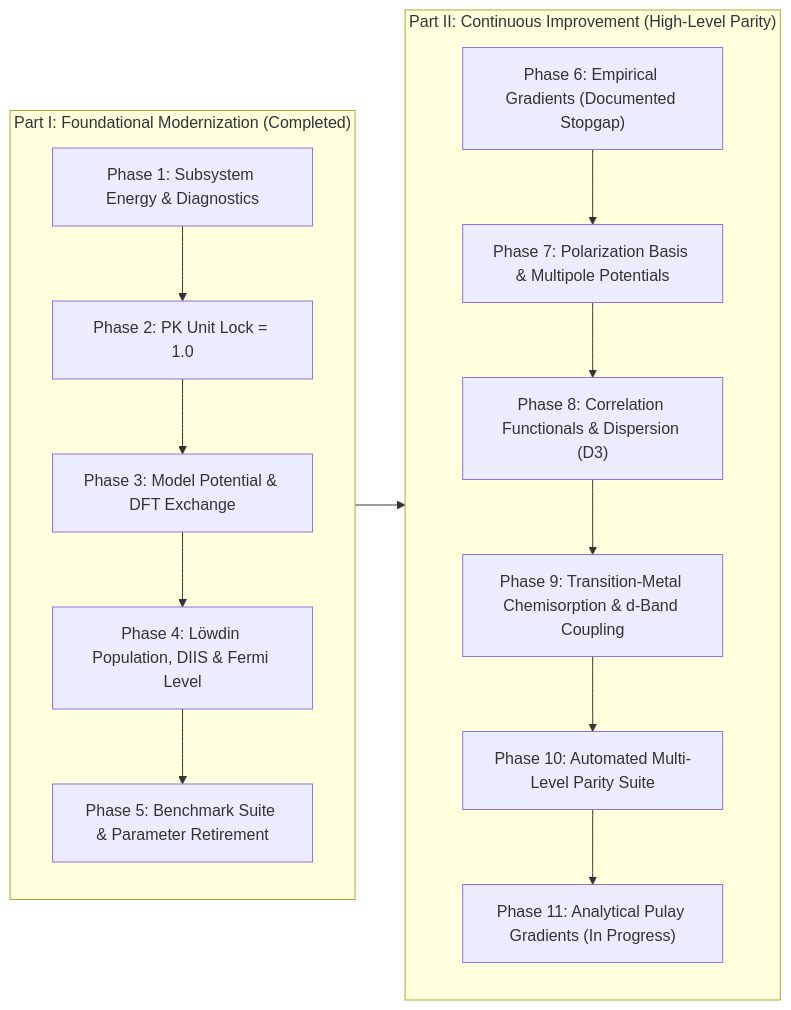
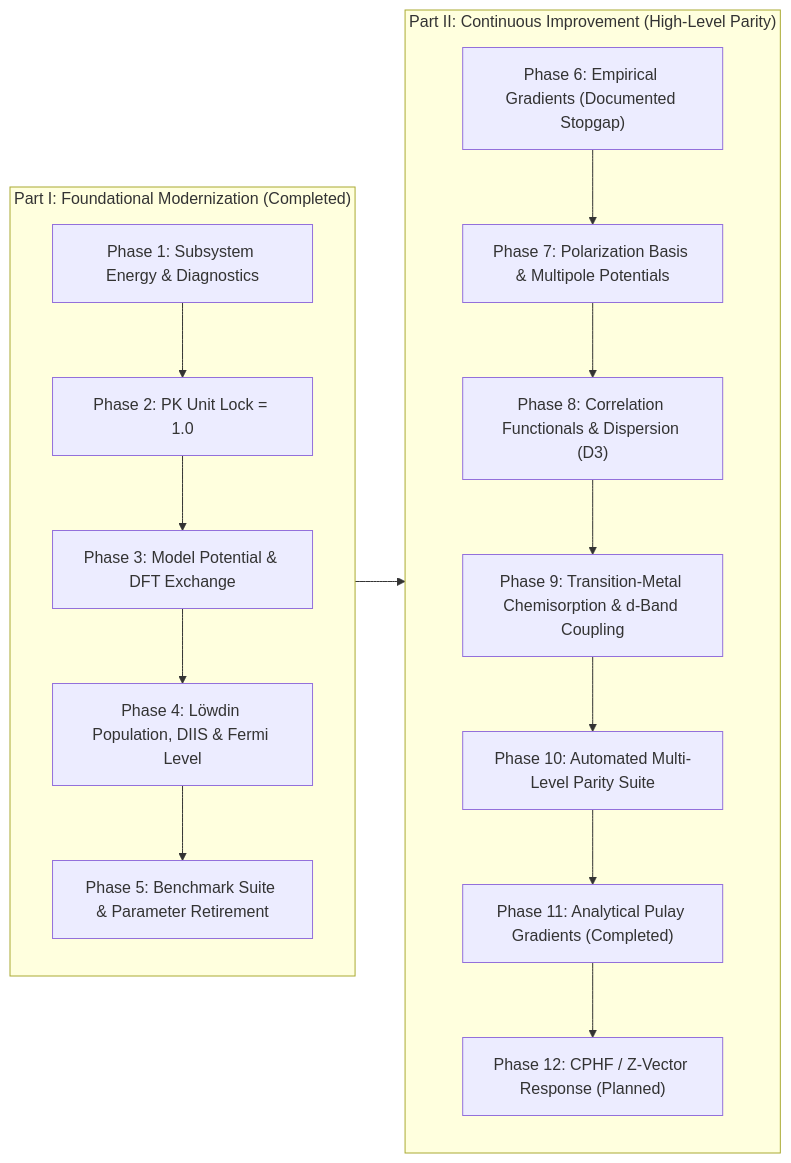
Before and after one commit to JackS9/phatpsy2: the diagram in ROADMAP.md, drawn with Mermaid. The commit also changed other lines of this file, not shown here.

Commit message:
docs(roadmap): add Phase 12 CPHF / Z-vector orbital response stub

````diff
--- a/ROADMAP.md
+++ b/ROADMAP.md
@@ -98,23 +101,24 @@
 ```mermaid
 flowchart LR
     subgraph Part1["Part I: Foundational Modernization (Completed)"]
         P1["Phase 1: Subsystem Energy & Diagnostics"]
         P2["Phase 2: PK Unit Lock = 1.0"]
         P3["Phase 3: Model Potential & DFT Exchange"]
         P4["Phase 4: Löwdin Population, DIIS & Fermi Level"]
         P5["Phase 5: Benchmark Suite & Parameter Retirement"]
         P1 --> P2 --> P3 --> P4 --> P5
     end
 
     subgraph Part2["Part II: Continuous Improvement (High-Level Parity)"]
         P6["Phase 6: Empirical Gradients (Documented Stopgap)"]
         P7["Phase 7: Polarization Basis & Multipole Potentials"]
         P8["Phase 8: Correlation Functionals & Dispersion (D3)"]
         P9["Phase 9: Transition-Metal Chemisorption & d-Band Coupling"]
         P10["Phase 10: Automated Multi-Level Parity Suite"]
-        P11["Phase 11: Analytical Pulay Gradients (In Progress)"]
-        P6 --> P7 --> P8 --> P9 --> P10 --> P11
+        P11["Phase 11: Analytical Pulay Gradients (Completed)"]
+        P12["Phase 12: CPHF / Z-Vector Response (Planned)"]
+        P6 --> P7 --> P8 --> P9 --> P10 --> P11 --> P12
     end
 
     Part1 --> Part2
 ```
````
